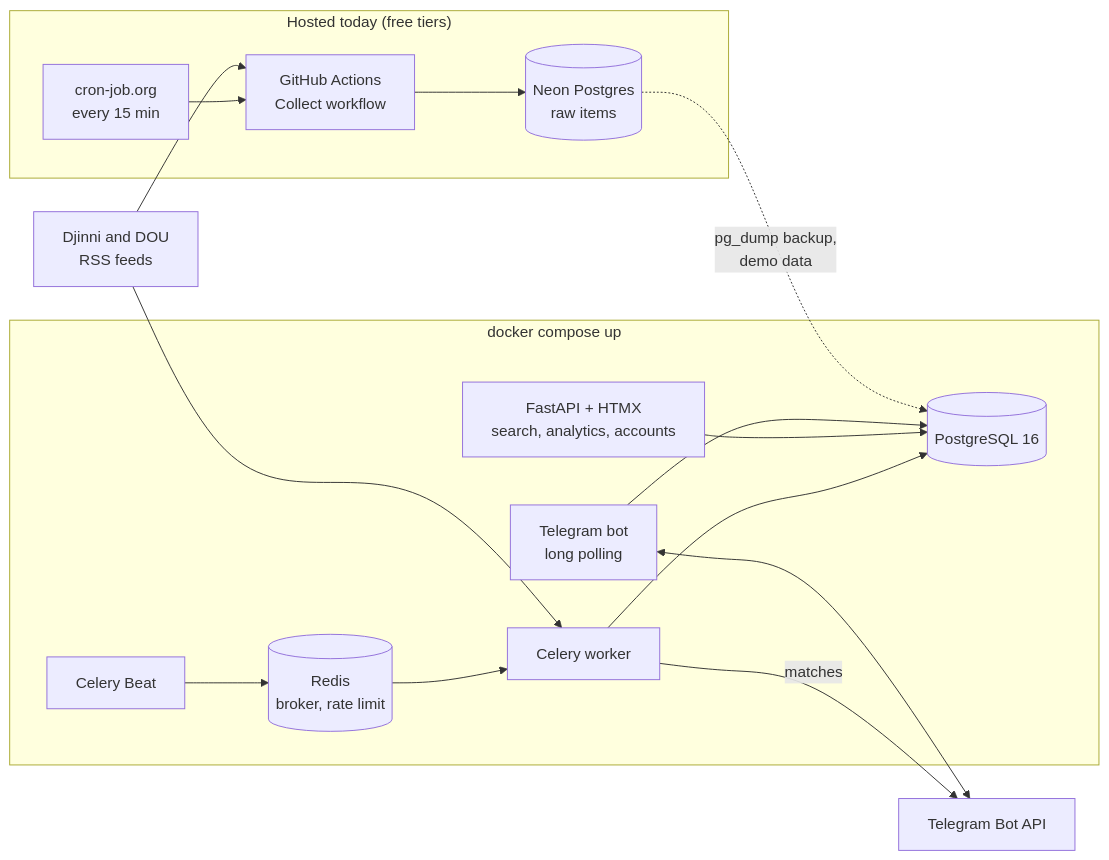
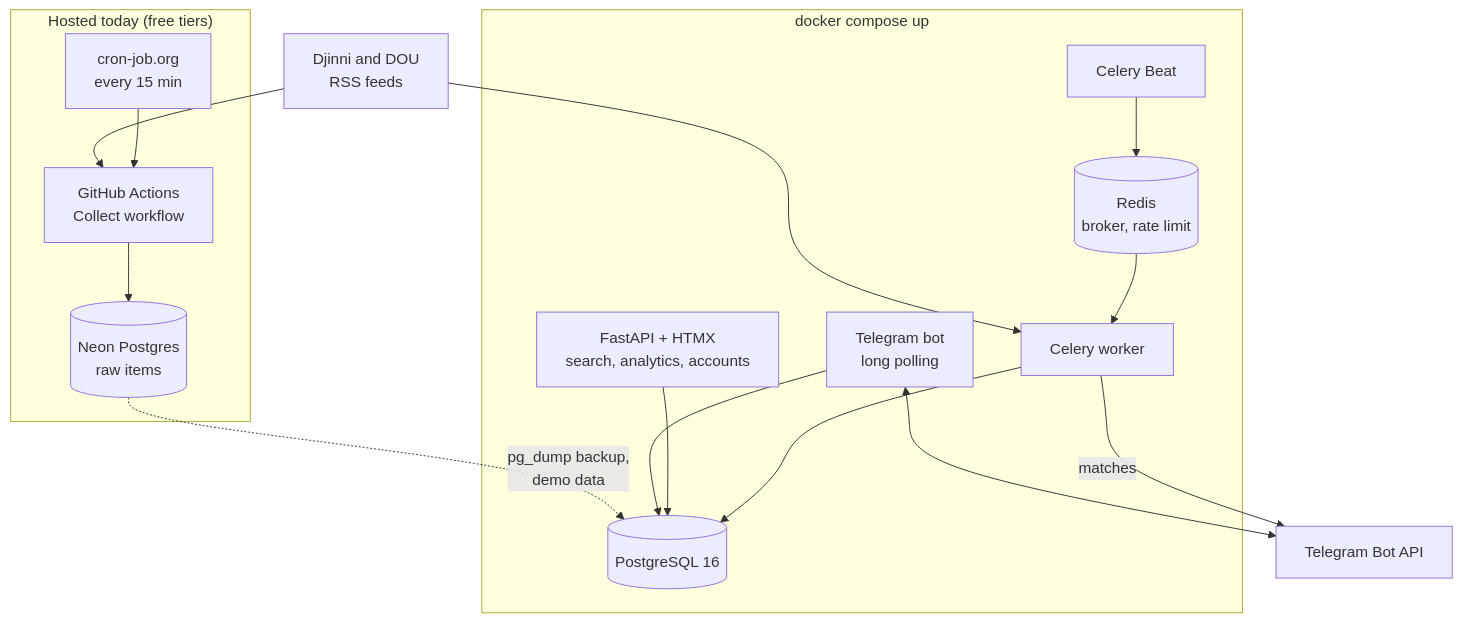
One commit to 01IVAN10/vacancy-radar changed the first of 2 diagrams in README.md. Above: the diagram before and after it, drawn with Mermaid. The commit also changed other lines of this file and 6 other files, not shown here.

````diff
--- a/README.md
+++ b/README.md
@@ -26,23 +32,25 @@
 ```mermaid
-flowchart LR
+flowchart TB
     feeds["Djinni and DOU<br/>RSS feeds"]
 
     subgraph hosted["Hosted today (free tiers)"]
         cron["cron-job.org<br/>every 15 min"] --> gha["GitHub Actions<br/>Collect workflow"]
         gha --> neon[("Neon Postgres<br/>raw items")]
     end
 
     subgraph local["docker compose up"]
         beat["Celery Beat"] --> redis[("Redis<br/>broker, rate limit")]
         redis --> worker["Celery worker"]
         worker --> pg[("PostgreSQL 16")]
         api["FastAPI + HTMX<br/>search, analytics, accounts"] --> pg
         bot["Telegram bot<br/>long polling"] --> pg
     end
 
+    tg["Telegram Bot API"]
+
     feeds --> gha
     feeds --> worker
-    worker -- "matches" --> tg["Telegram Bot API"]
+    neon -. "pg_dump backup,<br/>demo data" .-> pg
+    worker -- "matches" --> tg
     bot <--> tg
-    neon -. "pg_dump backup,<br/>demo data" .-> pg
 ```
````
